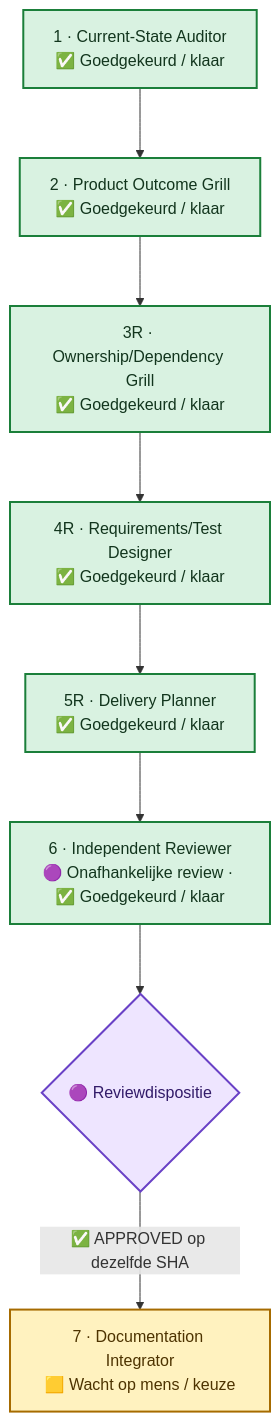
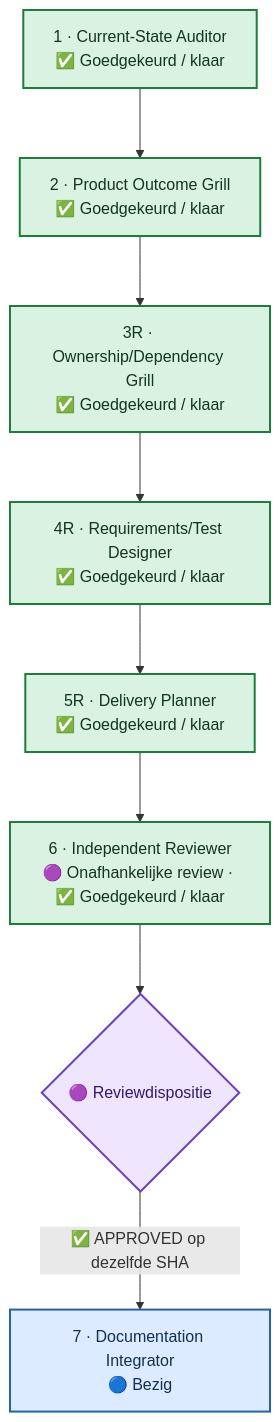
One commit to Jandesch91/n1-bioforge-requirements-cockpit changed the diagram in flow.mmd. Above: the diagram before and after it, drawn with Mermaid. The commit also changed 4 other files, not shown here.

Commit message:
chore(cockpit): baseline adopted by the human; Phase 7 may run

```diff
--- a/flow.mmd
+++ b/flow.mmd
@@ -1,29 +1,29 @@
 %%{init: {"flowchart": {"curve": "basis", "nodeSpacing": 60, "rankSpacing": 70, "htmlLabels": true}}}%%
 flowchart TB
     %% A vertical main lane prevents crossing arrows. The review return uses one side lane.
     phase_1["1 · Current-State Auditor<br/>✅ Goedgekeurd / klaar"]
     phase_2["2 · Product Outcome Grill<br/>✅ Goedgekeurd / klaar"]
     phase_3r["3R · Ownership/Dependency Grill<br/>✅ Goedgekeurd / klaar"]
     phase_4r["4R · Requirements/Test Designer<br/>✅ Goedgekeurd / klaar"]
     phase_5r["5R · Delivery Planner<br/>✅ Goedgekeurd / klaar"]
     phase_6["6 · Independent Reviewer<br/>🟣 Onafhankelijke review · ✅ Goedgekeurd / klaar"]
-    phase_7["7 · Documentation Integrator<br/>🟨 Wacht op mens / keuze"]
+    phase_7["7 · Documentation Integrator<br/>🔵 Bezig"]
     phase_1 --> phase_2 --> phase_3r --> phase_4r --> phase_5r --> phase_6
     review_decision{"🟣 Reviewdispositie"}
     phase_6 --> review_decision
     review_decision -->|"✅ APPROVED op dezelfde SHA"| phase_7
     classDef approved fill:#D9F2E1,stroke:#1B7F3A,color:#12351D,stroke-width:2px
     classDef inprogress fill:#DCEBFF,stroke:#2463A6,color:#12304F,stroke-width:2px
     classDef human fill:#FFF2BF,stroke:#A66B00,color:#4D3300,stroke-width:2px
     classDef changes fill:#FDE2E1,stroke:#B42318,color:#5D1712,stroke-width:2px
     classDef blocked fill:#FDE2E1,stroke:#B42318,color:#5D1712,stroke-width:2px
     classDef notstarted fill:#F2F4F7,stroke:#667085,color:#344054,stroke-width:2px
     classDef review fill:#EEE5FF,stroke:#6941C6,color:#321B69,stroke-width:2px
     class phase_1 approved
     class phase_2 approved
     class phase_3r approved
     class phase_4r approved
     class phase_5r approved
     class phase_6 approved
-    class phase_7 human
+    class phase_7 inprogress
     class review_decision review
```
